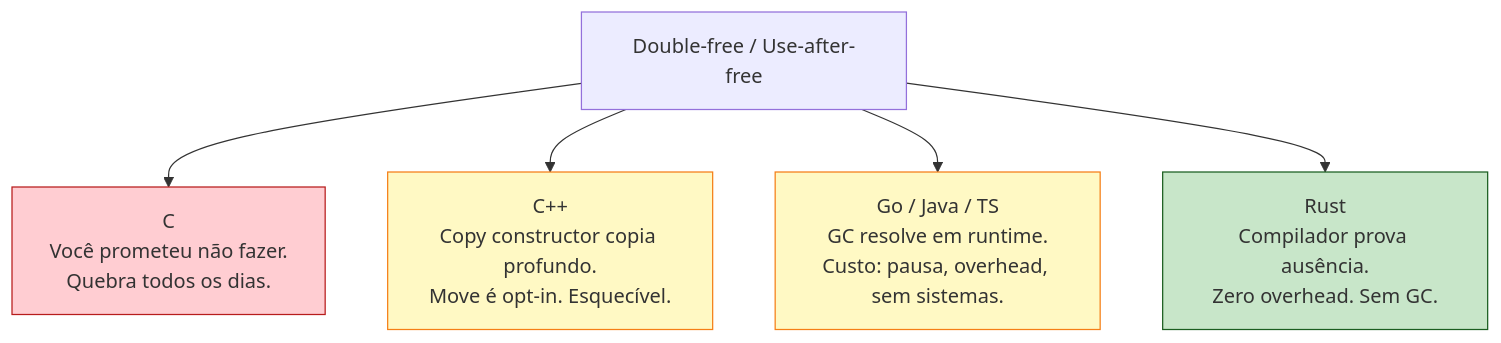
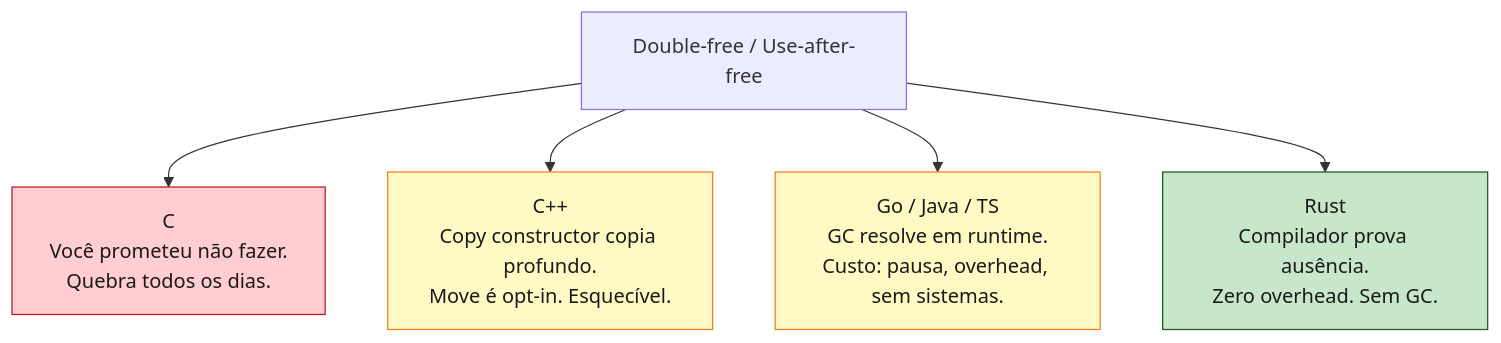
Before and after one commit to Felipeness/ferro-e-espirito: the third of 7 diagrams in book/part-04-ownership/ch10-ownership-regras.md, drawn with Mermaid. The commit also changed other lines of this file and 56 other files, not shown here.

First line of the commit message:
fix: contraste de texto em diagramas mermaid

````diff
--- a/book/part-04-ownership/ch10-ownership-regras.md
+++ b/book/part-04-ownership/ch10-ownership-regras.md
@@ -364,14 +364,14 @@
 ```mermaid
 graph TB
     Bug[Double-free / Use-after-free]
 
     Bug --> CHandling["C<br/>Você prometeu não fazer.<br/>Quebra todos os dias."]
     Bug --> CppHandling["C++<br/>Copy constructor copia profundo.<br/>Move é opt-in. Esquecível."]
     Bug --> GoHandling["Go / Java / TS<br/>GC resolve em runtime.<br/>Custo: pausa, overhead, sem sistemas."]
     Bug --> RustHandling["Rust<br/>Compilador prova ausência.<br/>Zero overhead. Sem GC."]
 
-    style CHandling fill:#ffcdd2,stroke:#b71c1c
-    style CppHandling fill:#fff9c4,stroke:#f57f17
-    style GoHandling fill:#fff9c4,stroke:#f57f17
-    style RustHandling fill:#c8e6c9,stroke:#1b5e20
+    style CHandling fill:#ffcdd2,stroke:#b71c1c,color:#1a1a1a
+    style CppHandling fill:#fff9c4,stroke:#f57f17,color:#1a1a1a
+    style GoHandling fill:#fff9c4,stroke:#f57f17,color:#1a1a1a
+    style RustHandling fill:#c8e6c9,stroke:#1b5e20,color:#1a1a1a
 ```
````
